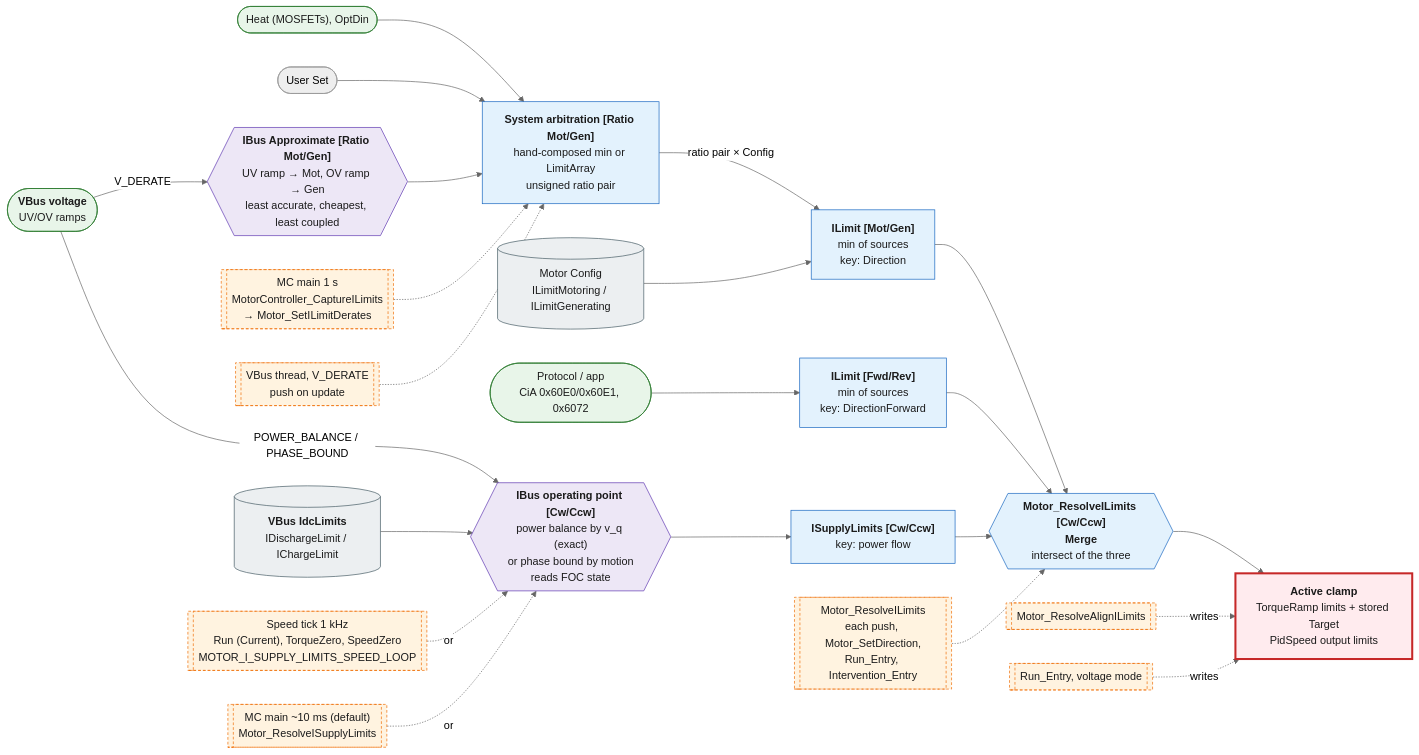
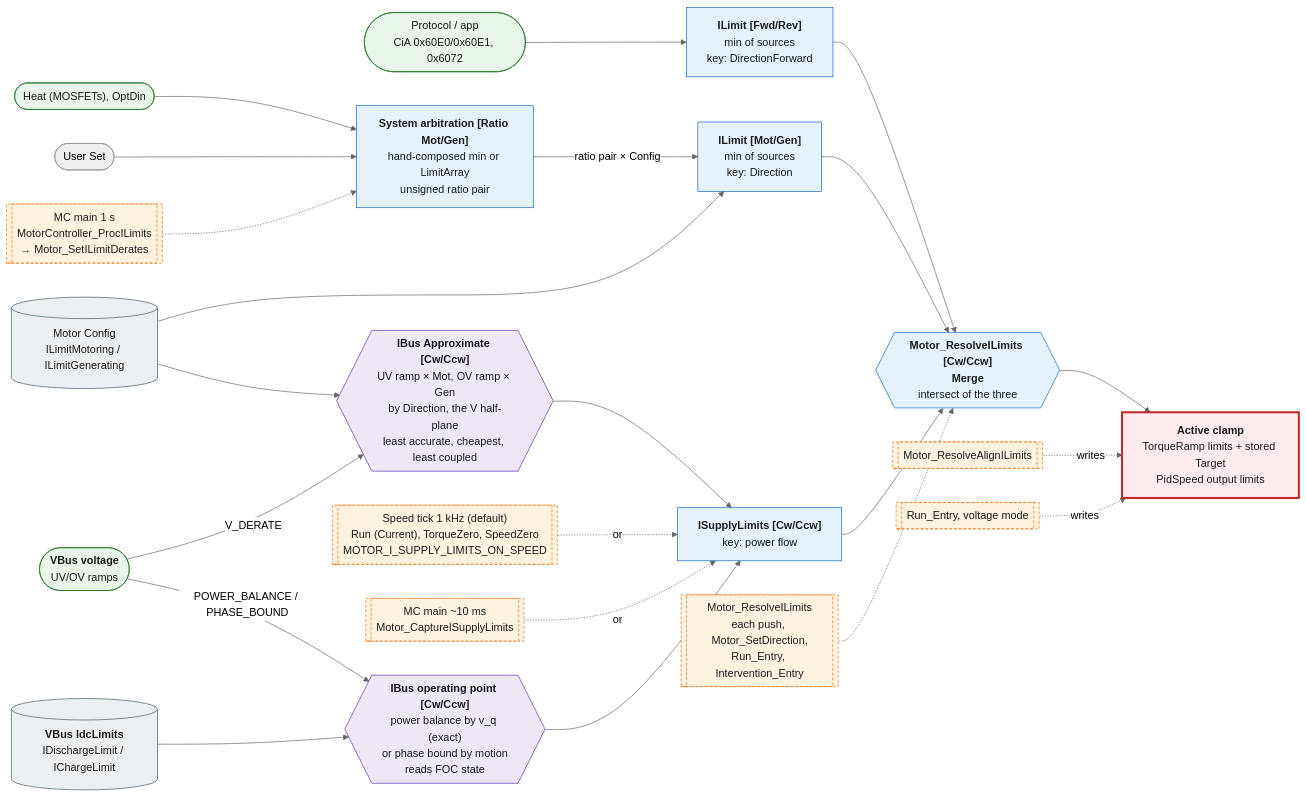
The diagram in Motor/Docs/ILimitsRouting.md (FireSourcery/FireSourcery_Library), drawn with Mermaid (neutral theme) before and after one commit. The commit also changed 13 other files, not shown here.

````diff
--- a/Motor/Docs/ILimitsRouting.md
+++ b/Motor/Docs/ILimitsRouting.md
@@ -3,70 +3,69 @@
 ```mermaid
 flowchart LR
     %% Live limit sources
     SYS(["Heat (MOSFETs), OptDin"])
     USER(["User Set"])
     PRO(["Protocol / app<br/>CiA 0x60E0/0x60E1, 0x6072"])
     VB(["<b>VBus voltage</b><br/>UV/OV ramps"])
 
     %% Stored limits
     CFG[("Motor Config<br/>ILimitMotoring / ILimitGenerating")]
     IDC[("<b>VBus IdcLimits</b><br/>IDischargeLimit / IChargeLimit")]
 
     %% Frame conversions
     PB{{"<b>IBus operating point [Cw/Ccw]</b><br/>power balance by v_q (exact)<br/>or phase bound by motion<br/>reads FOC state"}}
-    VD{{"<b>IBus Approximate [Ratio Mot/Gen]</b><br/>UV ramp → Mot, OV ramp → Gen<br/>least accurate, cheapest, least coupled"}}
+    VD{{"<b>IBus Approximate [Cw/Ccw]</b><br/>UV ramp × Mot, OV ramp × Gen<br/>by Direction, the V half-plane<br/>least accurate, cheapest, least coupled"}}
     GET{{"<b>Motor_ResolveILimits [Cw/Ccw]</b><br/><b>Merge</b><br/>intersect of the three"}}
 
     %% Merge points
     ARB["<b>System arbitration [Ratio Mot/Gen]</b><br/>hand-composed min or LimitArray<br/>unsigned ratio pair"]
     PAIR["<b>ILimit [Mot/Gen]</b><br/>min of sources<br/>key: Direction"]
     DIR["<b>ILimit [Fwd/Rev]</b><br/>min of sources<br/>key: DirectionForward"]
     WIN["<b>ISupplyLimits [Cw/Ccw]</b><br/>key: power flow"]
 
     %% Active clamp
     SLOT["<b>Active clamp</b><br/>TorqueRamp limits + stored Target<br/>PidSpeed output limits"]
 
     %% Limit data flow
     SYS --> ARB
     USER --> ARB
-    VB -->|V_DERATE| VD --> ARB
+    VB -->|V_DERATE| VD --> WIN
     VB -->|"POWER_BALANCE / PHASE_BOUND"| PB --> WIN
     IDC --> PB
     ARB -->|"ratio pair × Config"| PAIR
     CFG --> PAIR
+    CFG --> VD
     PRO --> DIR
     PAIR --> GET
     DIR --> GET
     WIN --> GET
     GET --> SLOT
 
     %% Call sites
-    C1S[["MC main 1 s<br/>MotorController_CaptureILimits<br/>→ Motor_SetILimitDerates"]]
-    CVB[["VBus thread, V_DERATE<br/>push on update"]]
-    TICK[["Speed tick 1 kHz<br/>Run (Current), TorqueZero, SpeedZero<br/>MOTOR_I_SUPPLY_LIMITS_SPEED_LOOP"]]
-    MC10[["MC main ~10 ms (default)<br/>Motor_ResolveISupplyLimits"]]
+    C1S[["MC main 1 s<br/>MotorController_ProcILimits<br/>→ Motor_SetILimitDerates"]]
+    TICK[["Speed tick 1 kHz (default)<br/>Run (Current), TorqueZero, SpeedZero<br/>MOTOR_I_SUPPLY_LIMITS_ON_SPEED"]]
+    MC10[["MC main ~10 ms<br/>Motor_CaptureISupplyLimits"]]
     RES[["Motor_ResolveILimits<br/>each push, Motor_SetDirection,<br/>Run_Entry, Intervention_Entry"]]
     AL[["Motor_ResolveAlignILimits"]]
     VM[["Run_Entry, voltage mode"]]
 
     C1S -.-> ARB
-    CVB -.-> ARB
-    TICK -.->|or| PB
-    MC10 -.->|or| PB
+    TICK -.->|or| WIN
+    MC10 -.->|or| WIN
     RES -.-> GET
     AL -.->|writes| SLOT
     VM -.->|writes| SLOT
 
     classDef source fill:#e8f5e9,stroke:#2e7d32,color:#1b1b1b
     classDef storage fill:#eceff1,stroke:#455a64,color:#1b1b1b
     classDef convert fill:#ede7f6,stroke:#5e35b1,color:#1b1b1b
     classDef merge fill:#e3f2fd,stroke:#1565c0,color:#1b1b1b
     classDef clamp fill:#ffebee,stroke:#c62828,color:#1b1b1b,stroke-width:3px
     classDef callsite fill:#fff3e0,stroke:#ef6c00,color:#1b1b1b,stroke-dasharray:4 3
     class SYS,PRO,VB source
     class CFG,IDC storage
     class PB,VD convert
     class ARB,PAIR,DIR,WIN,GET merge
     class SLOT clamp
-    class C1S,CVB,TICK,MC10,RES,AL,VM callsite
+    class C1S,TICK,MC10,RES,AL,VM callsite
 ```
````
